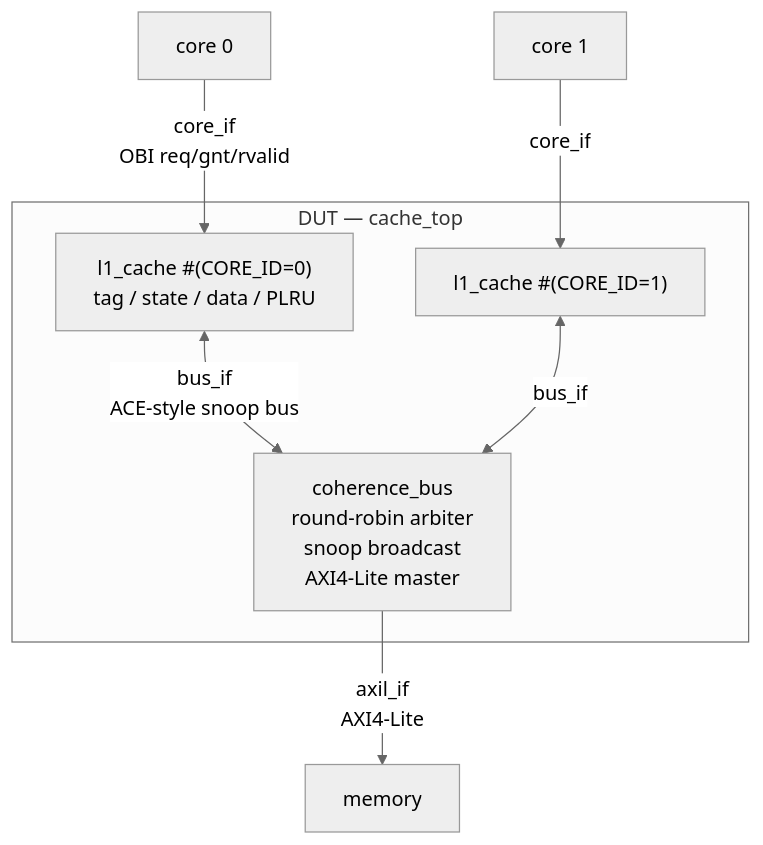
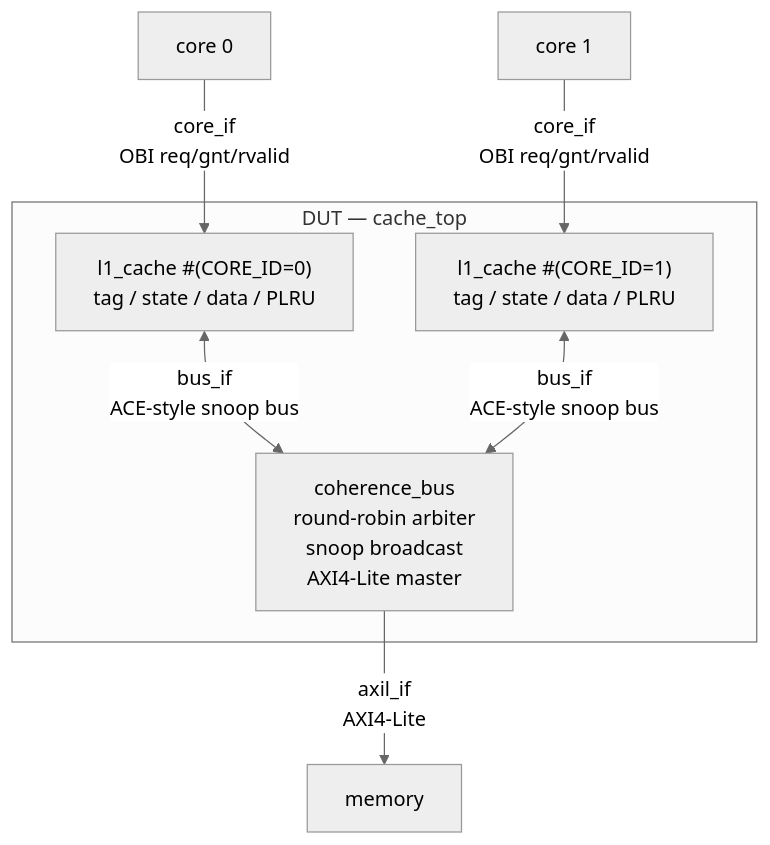
One commit to braytyu/braytcache changed the first of 2 diagrams in README.md. Above: the diagram before and after it, drawn with Mermaid (neutral theme). The commit also changed other lines of this file and 20 other files, not shown here.

````diff
--- a/README.md
+++ b/README.md
@@ -85,14 +78,14 @@
 ```mermaid
 graph TB
   subgraph DUT["DUT — cache_top"]
     L0["l1_cache #(CORE_ID=0)<br/>tag / state / data / PLRU"]
-    L1["l1_cache #(CORE_ID=1)"]
+    L1["l1_cache #(CORE_ID=1)<br/>tag / state / data / PLRU"]
     BUS["coherence_bus<br/>round-robin arbiter<br/>snoop broadcast<br/>AXI4-Lite master"]
   end
 
   C0["core 0"] -->|core_if<br/>OBI req/gnt/rvalid| L0
-  C1["core 1"] -->|core_if| L1
+  C1["core 1"] -->|core_if<br/>OBI req/gnt/rvalid| L1
   L0 <-->|bus_if<br/>ACE-style snoop bus| BUS
-  L1 <-->|bus_if| BUS
+  L1 <-->|bus_if<br/>ACE-style snoop bus| BUS
   BUS -->|axil_if<br/>AXI4-Lite| MEM["memory"]
 ```
````
